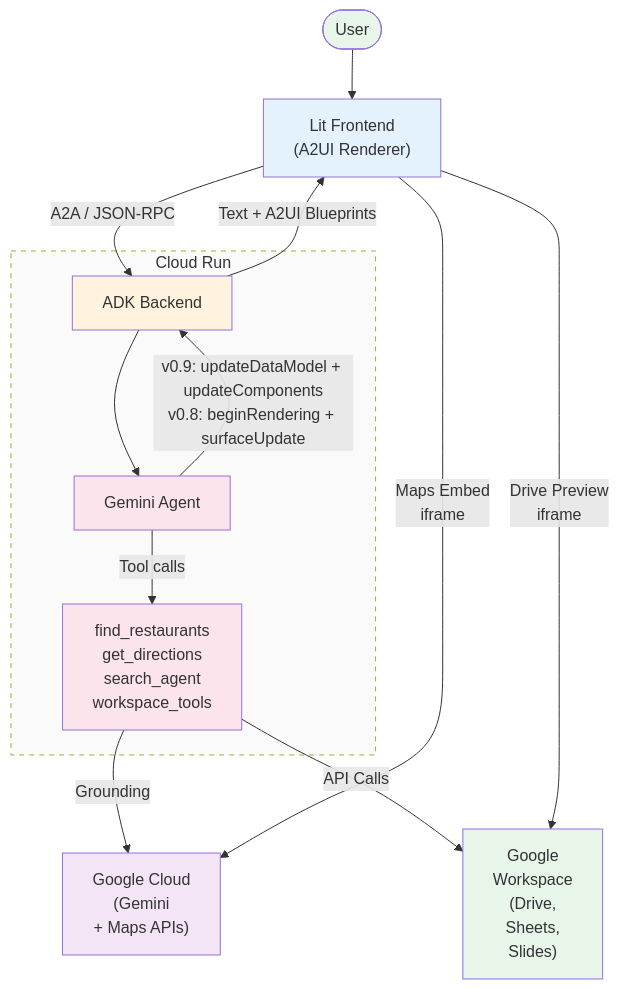
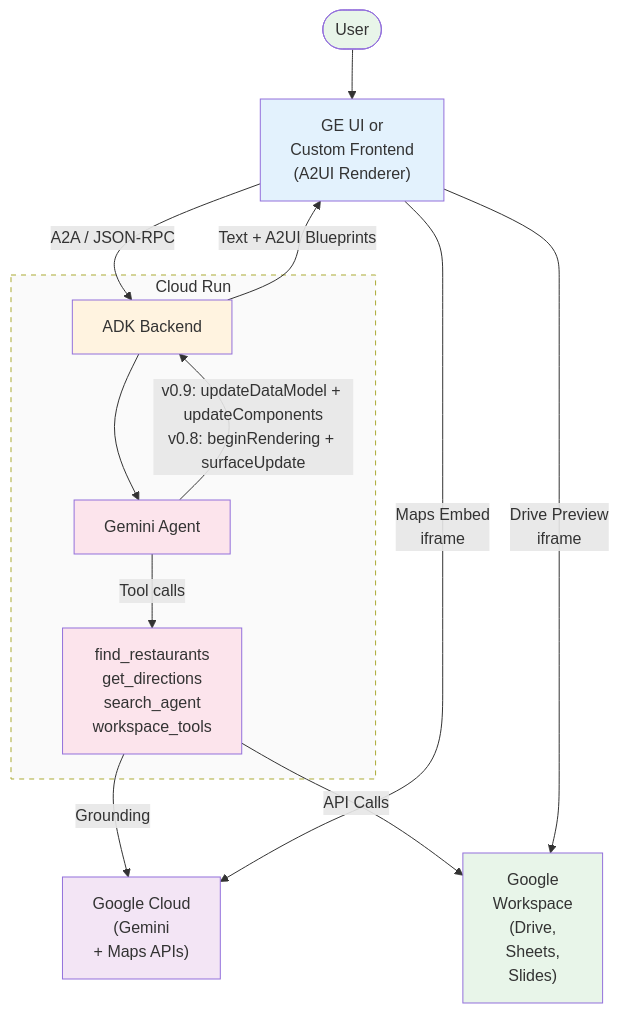
Before and after one commit to wadave/agent-a2ui-demo: the diagram in docs/system_diagram.md, drawn with Mermaid.

Commit message:
chore:update mermaid diagram

````diff
--- a/docs/system_diagram.md
+++ b/docs/system_diagram.md
@@ -3,31 +3,31 @@
 ```mermaid
 graph TB
-    User([User]) --> FE["Lit Frontend<br/>(A2UI Renderer)"]
+    User([User]) --> FE["GE UI or <br/>Custom Frontend<br/>(A2UI Renderer)"]
 
     FE -->|"A2A / JSON-RPC"| BE
 
     subgraph CloudRun["Cloud Run"]
         BE["ADK Backend"]
         Agent["Gemini Agent"]
         Tools["find_restaurants<br/>get_directions<br/>search_agent<br/>workspace_tools"]
 
         BE --> Agent
         Agent -->|"Tool calls"| Tools
         Agent -->|"v0.9: updateDataModel + updateComponents<br/>v0.8: beginRendering + surfaceUpdate"| BE
     end
 
     BE -->|"Text + A2UI Blueprints"| FE
     Tools -->|"Grounding"| GCP["Google Cloud<br/>(Gemini<br/>+ Maps APIs)"]
     Tools -->|"API Calls"| GWS["Google<br/>Workspace<br/>(Drive,<br/>Sheets,<br/>Slides)"]
     FE -->|"Maps Embed<br/> iframe"| GCP
     FE -->|"Drive Preview <br/>iframe"| GWS
 
     style User fill:#e8f5e9
     style FE fill:#e3f2fd
     style BE fill:#fff3e0
     style Agent fill:#fce4ec
     style Tools fill:#fce4ec
     style GCP fill:#f3e5f5
     style GWS fill:#e8f5e9
     style CloudRun stroke-dasharray:5 5,fill:#fafafa
 ```
````
